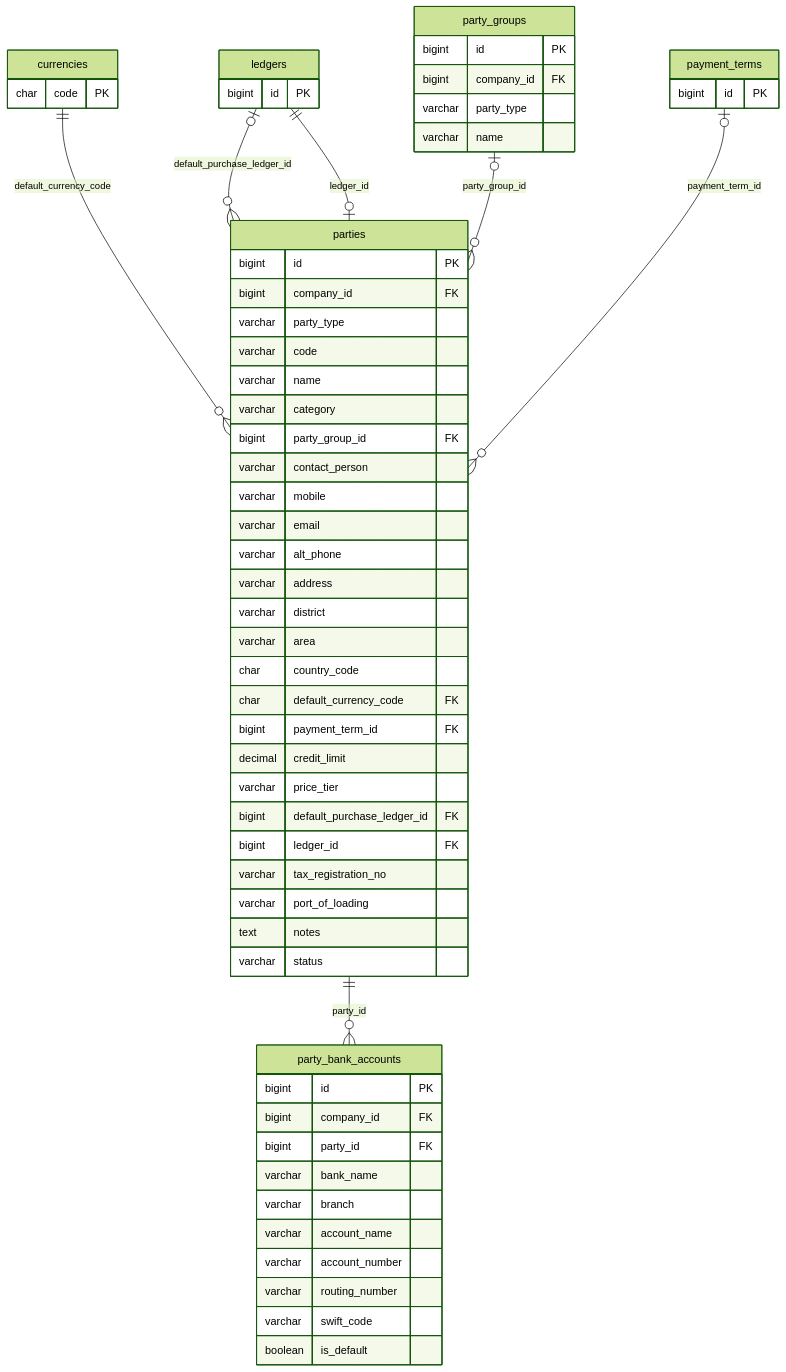
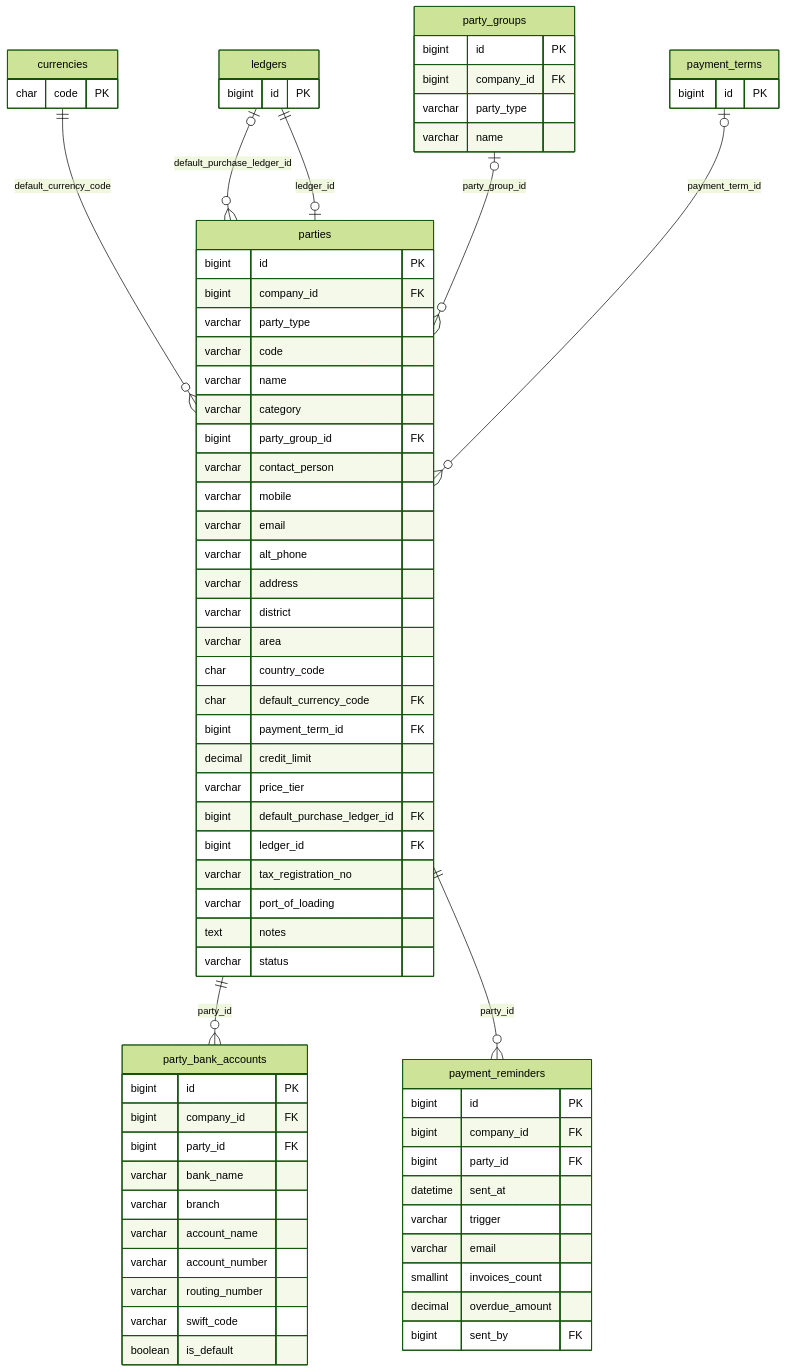
Before and after one commit to Samin1362/Pluto-ERP-Project-Backend: the fifth of 10 diagrams in docs/04-Database-Design.md, drawn with Mermaid (forest theme). The commit also changed other lines of this file and 130 other files, not shown here.

Commit message:
PEP-516: payment reminders to customers (by hand and daily), Contract changed

````diff
--- a/docs/04-Database-Design.md
+++ b/docs/04-Database-Design.md
@@ -703,63 +705,75 @@
 ```mermaid
 erDiagram
     party_groups {
         bigint id PK
         bigint company_id FK
         varchar party_type
         varchar name
     }
     parties {
         bigint id PK
         bigint company_id FK
         varchar party_type
         varchar code
         varchar name
         varchar category
         bigint party_group_id FK
         varchar contact_person
         varchar mobile
         varchar email
         varchar alt_phone
         varchar address
         varchar district
         varchar area
         char country_code
         char default_currency_code FK
         bigint payment_term_id FK
         decimal credit_limit
         varchar price_tier
         bigint default_purchase_ledger_id FK
         bigint ledger_id FK
         varchar tax_registration_no
         varchar port_of_loading
         text notes
         varchar status
     }
+    payment_reminders {
+        bigint id PK
+        bigint company_id FK
+        bigint party_id FK
+        datetime sent_at
+        varchar trigger
+        varchar email
+        smallint invoices_count
+        decimal overdue_amount
+        bigint sent_by FK
+    }
     party_bank_accounts {
         bigint id PK
         bigint company_id FK
         bigint party_id FK
         varchar bank_name
         varchar branch
         varchar account_name
         varchar account_number
         varchar routing_number
         varchar swift_code
         boolean is_default
     }
     currencies {
         char code PK
     }
     ledgers {
         bigint id PK
     }
     payment_terms {
         bigint id PK
     }
     currencies ||--o{ parties : "default_currency_code"
     ledgers |o--o{ parties : "default_purchase_ledger_id"
     ledgers ||--o| parties : "ledger_id"
     parties ||--o{ party_bank_accounts : "party_id"
+    parties ||--o{ payment_reminders : "party_id"
     party_groups |o--o{ parties : "party_group_id"
     payment_terms |o--o{ parties : "payment_term_id"
 ```
````
